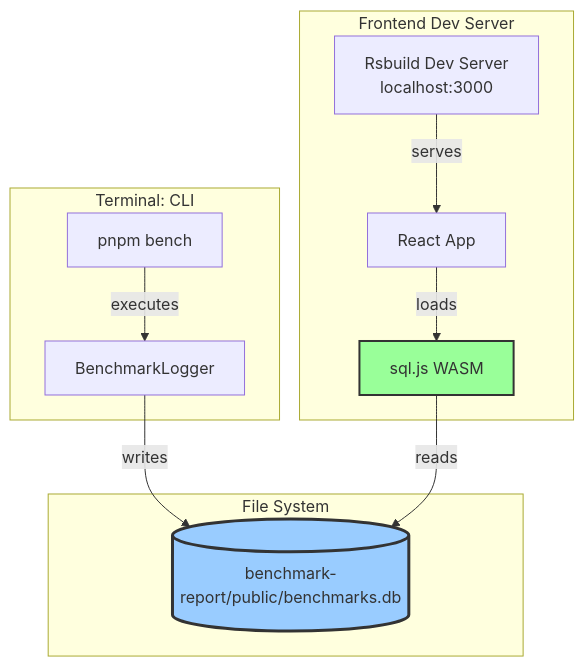
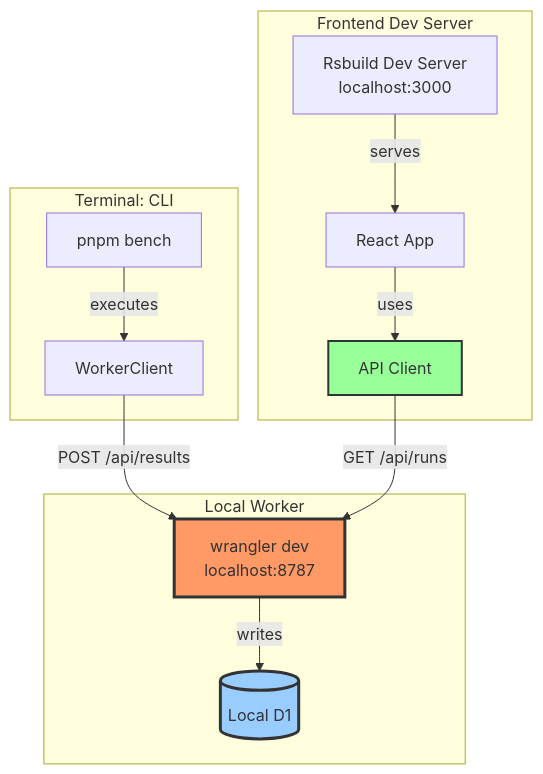
The fifth of 19 diagrams in ARCHITECTURE.md (ZephyrCloudIO/ze-benchmarks), drawn with Mermaid before and after one commit. The commit also changed other lines of this file and 15 other files, not shown here.

````diff
--- a/ARCHITECTURE.md
+++ b/ARCHITECTURE.md
@@ -211,26 +235,29 @@
 ```mermaid
 graph TB
     subgraph "Terminal: CLI"
         C[pnpm bench]
-        L[BenchmarkLogger]
+        WC[WorkerClient]
     end
 
-    subgraph "File System"
-        DB[(benchmark-report/public/benchmarks.db)]
+    subgraph "Local Worker"
+        WORKER[wrangler dev<br/>localhost:8787]
+        D1[(Local D1)]
     end
 
     subgraph "Frontend Dev Server"
         RS[Rsbuild Dev Server<br/>localhost:3000]
         REACT[React App]
-        SQLJS[sql.js WASM]
+        API[API Client]
     end
 
-    C -->|executes| L
-    L -->|writes| DB
+    C -->|executes| WC
+    WC -->|POST /api/results| WORKER
+    WORKER -->|writes| D1
     RS -->|serves| REACT
-    REACT -->|loads| SQLJS
-    SQLJS -->|reads| DB
+    REACT -->|uses| API
+    API -->|GET /api/runs| WORKER
 
-    style DB fill:#9cf,stroke:#333,stroke-width:3px
-    style SQLJS fill:#9f9,stroke:#333,stroke-width:2px
+    style WORKER fill:#f96,stroke:#333,stroke-width:3px
+    style D1 fill:#9cf,stroke:#333,stroke-width:3px
+    style API fill:#9f9,stroke:#333,stroke-width:2px
 ```
````
